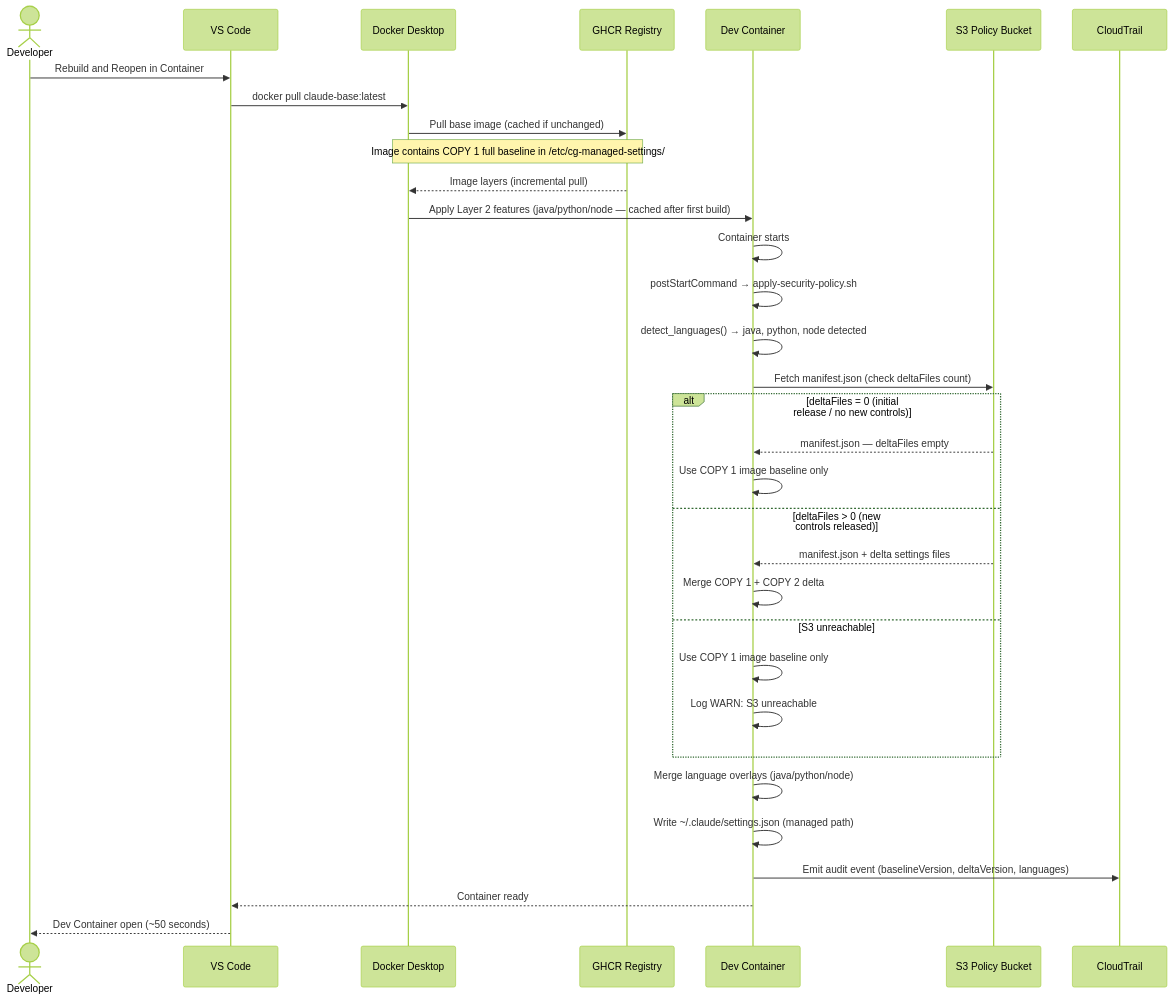
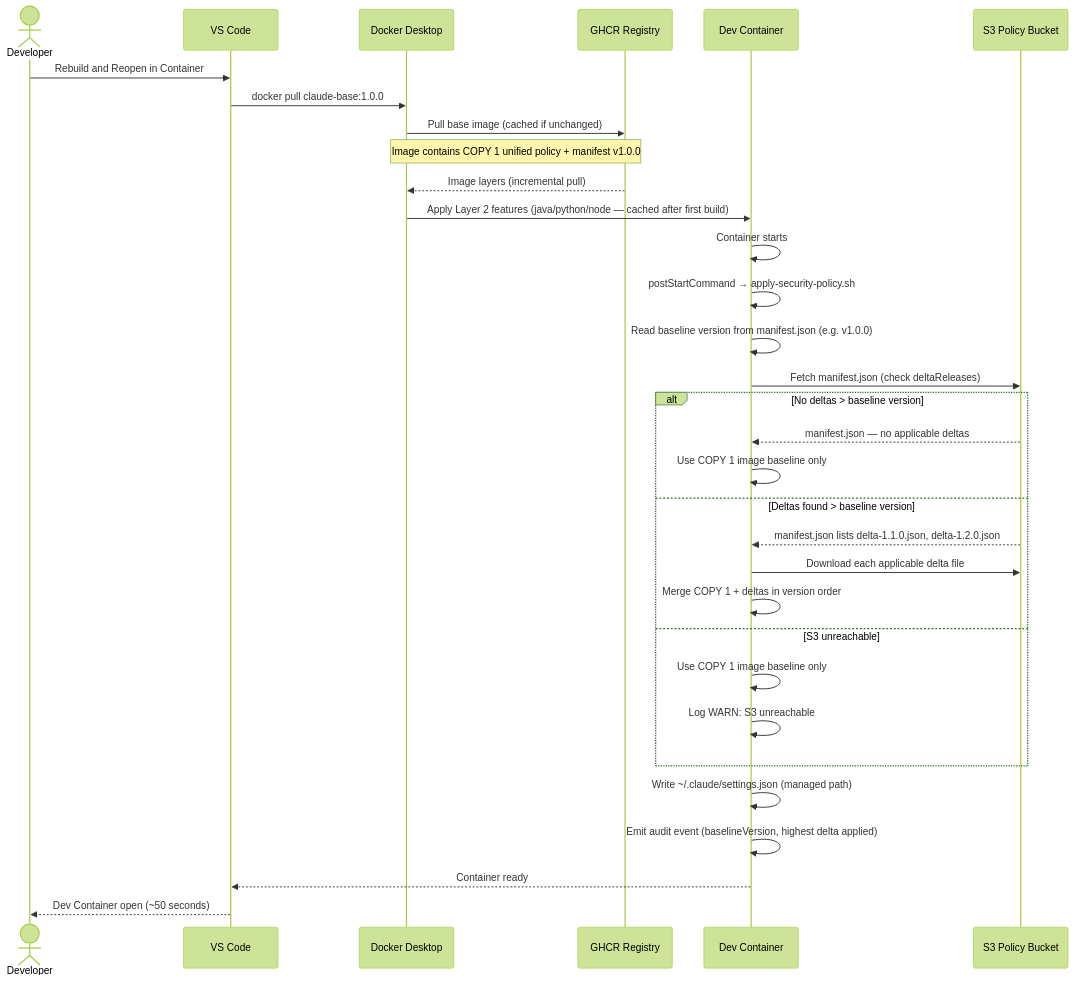
The fifth of 7 diagrams in ARCHITECTURE.md (ashrujitpal1/devcontainer-feature-cg), drawn with Mermaid (forest theme) before and after one commit. The commit also changed other lines of this file and 23 other files, not shown here.

````diff
--- a/ARCHITECTURE.md
+++ b/ARCHITECTURE.md
@@ -292,36 +303,35 @@
 ```mermaid
 sequenceDiagram
     actor Dev as Developer
     participant VS as VS Code
     participant DD as Docker Desktop
     participant REG as GHCR Registry
     participant DC as Dev Container
     participant S3 as S3 Policy Bucket
-    participant CT as CloudTrail
 
     Dev->>VS: Rebuild and Reopen in Container
-    VS->>DD: docker pull claude-base:latest
+    VS->>DD: docker pull claude-base:1.0.0
     DD->>REG: Pull base image (cached if unchanged)
-    Note over DD,REG: Image contains COPY 1 full baseline in /etc/cg-managed-settings/
+    Note over DD,REG: Image contains COPY 1 unified policy + manifest v1.0.0
     REG-->>DD: Image layers (incremental pull)
     DD->>DC: Apply Layer 2 features (java/python/node — cached after first build)
     DC->>DC: Container starts
     DC->>DC: postStartCommand → apply-security-policy.sh
-    DC->>DC: detect_languages() → java, python, node detected
-    DC->>S3: Fetch manifest.json (check deltaFiles count)
-    alt deltaFiles = 0 (initial release / no new controls)
-        S3-->>DC: manifest.json — deltaFiles empty
+    DC->>DC: Read baseline version from manifest.json (e.g. v1.0.0)
+    DC->>S3: Fetch manifest.json (check deltaReleases)
+    alt No deltas > baseline version
+        S3-->>DC: manifest.json — no applicable deltas
         DC->>DC: Use COPY 1 image baseline only
-    else deltaFiles > 0 (new controls released)
-        S3-->>DC: manifest.json + delta settings files
-        DC->>DC: Merge COPY 1 + COPY 2 delta
+    else Deltas found > baseline version
+        S3-->>DC: manifest.json lists delta-1.1.0.json, delta-1.2.0.json
+        DC->>S3: Download each applicable delta file
+        DC->>DC: Merge COPY 1 + deltas in version order
     else S3 unreachable
         DC->>DC: Use COPY 1 image baseline only
         DC->>DC: Log WARN: S3 unreachable
     end
-    DC->>DC: Merge language overlays (java/python/node)
     DC->>DC: Write ~/.claude/settings.json (managed path)
-    DC->>CT: Emit audit event (baselineVersion, deltaVersion, languages)
+    DC->>DC: Emit audit event (baselineVersion, highest delta applied)
     DC-->>VS: Container ready
     VS-->>Dev: Dev Container open (~50 seconds)
 ```
````
